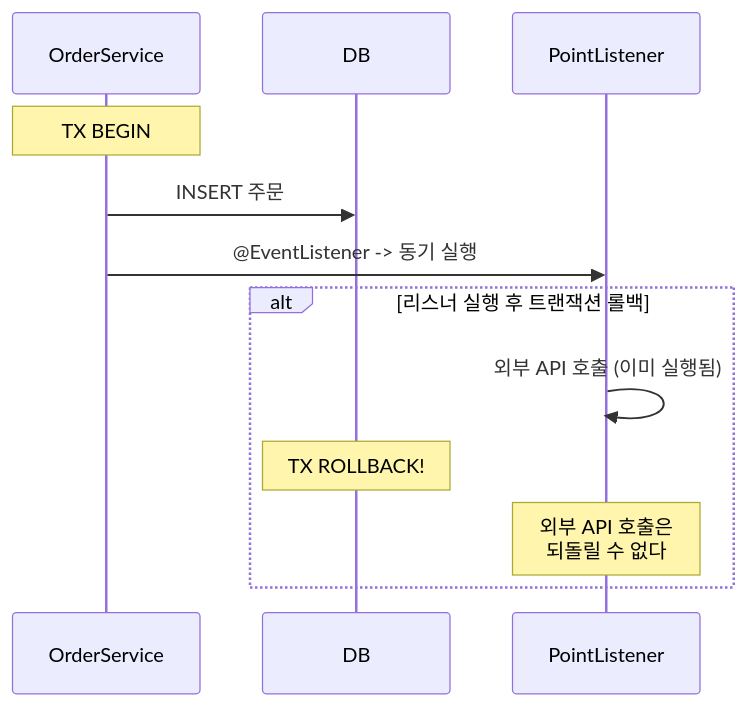
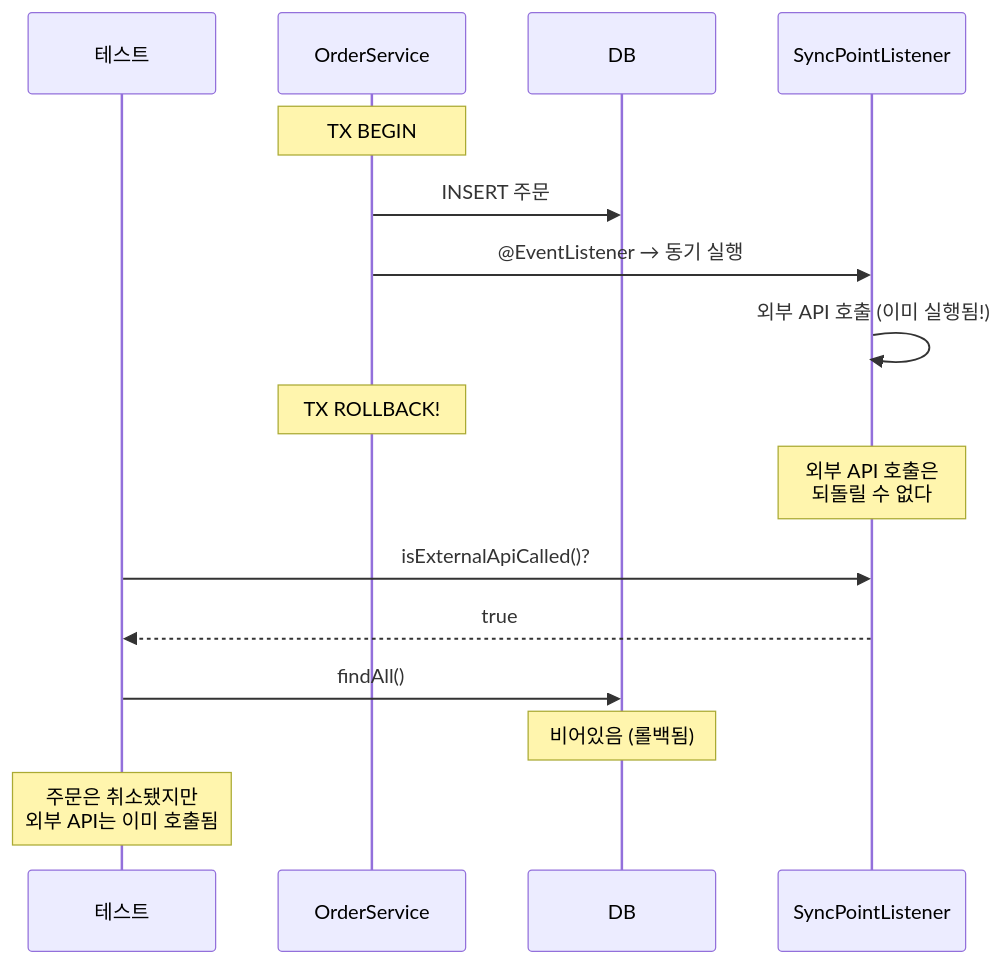
One commit to katiekim17/messaging-lab changed the first of 8 diagrams in src/test/java/com/example/messaging/step2_transactional_event/README.md. Above: the diagram before and after it, drawn with Mermaid. The commit also changed other lines of this file and 6 other files, not shown here.

````diff
--- a/src/test/java/com/example/messaging/step2_transactional_event/README.md
+++ b/src/test/java/com/example/messaging/step2_transactional_event/README.md
@@ -20,17 +15,24 @@
 ```mermaid
 sequenceDiagram
-    participant OrderService
-    participant DB
-    participant PointListener
+    participant Test as 테스트
+    participant OS as OrderService
+    participant DB as DB
+    participant PL as SyncPointListener
 
-    Note over OrderService: TX BEGIN
+    Note over OS: TX BEGIN
+    OS->>DB: INSERT 주문
+    OS->>PL: @EventListener → 동기 실행
 
-    OrderService->>DB: INSERT 주문
-    OrderService->>PointListener: @EventListener -> 동기 실행
+    PL->>PL: 외부 API 호출 (이미 실행됨!)
 
-    alt 리스너 실행 후 트랜잭션 롤백
-        PointListener->>PointListener: 외부 API 호출 (이미 실행됨)
-        Note over DB: TX ROLLBACK!
-        Note over PointListener: 외부 API 호출은<br/>되돌릴 수 없다
-    end
+    Note over OS: TX ROLLBACK!
+    Note over PL: 외부 API 호출은<br/>되돌릴 수 없다
+
+    Test->>PL: isExternalApiCalled()?
+    PL-->>Test: true
+
+    Test->>DB: findAll()
+    Note over DB: 비어있음 (롤백됨)
+
+    Note over Test: 주문은 취소됐지만<br/>외부 API는 이미 호출됨
 ```
````
